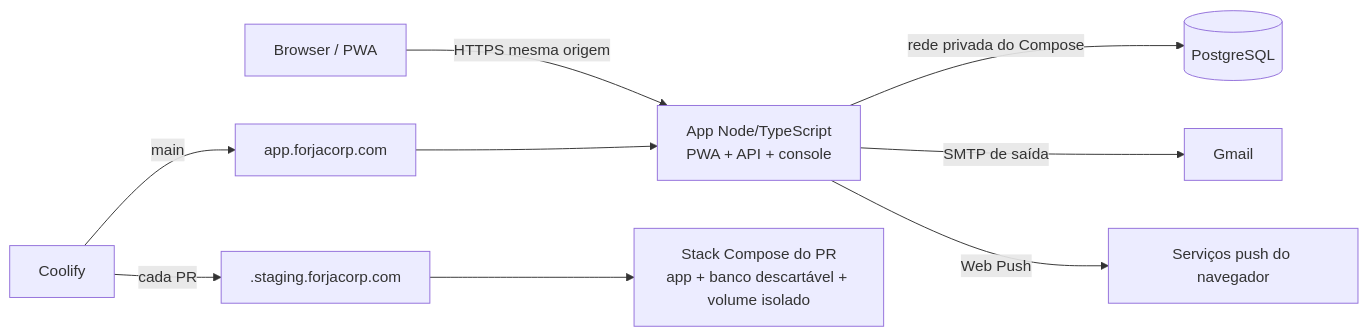
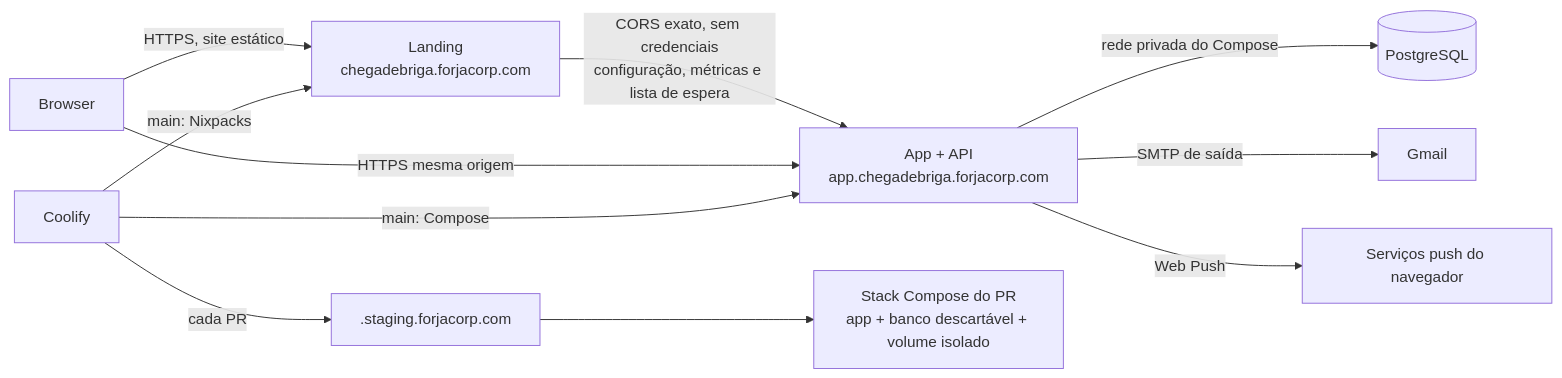
One commit to pwdbymoral/chega-de-briga changed the diagram in docs/backend-deployment-contract-v1.md. Above: the diagram before and after it, drawn with Mermaid. The commit also changed other lines of this file and 14 other files, not shown here.

Commit message:
Split landing and app hostnames

````diff
--- a/docs/backend-deployment-contract-v1.md
+++ b/docs/backend-deployment-contract-v1.md
@@ -62,11 +64,13 @@
 ```mermaid
 flowchart LR
-  B[Browser / PWA] -->|HTTPS mesma origem| W[App Node/TypeScript\nPWA + API + console]
+  B[Browser] -->|HTTPS, site estático| L[Landing\nchegadebriga.forjacorp.com]
+  L -->|CORS exato, sem credenciais\nconfiguração, métricas e lista de espera| W[App + API\napp.chegadebriga.forjacorp.com]
+  B -->|HTTPS mesma origem| W
   W -->|rede privada do Compose| DB[(PostgreSQL)]
   W -->|SMTP de saída| G[Gmail]
   W -->|Web Push| P[Serviços push do navegador]
-  C[Coolify] -->|main| PROD[app.forjacorp.com]
+  C[Coolify] -->|main: Nixpacks| L
+  C -->|main: Compose| W
   C -->|cada PR| PREVIEW[<id>.staging.forjacorp.com]
-  PROD --> W
   PREVIEW --> WP[Stack Compose do PR\napp + banco descartável + volume isolado]
 ```
````
